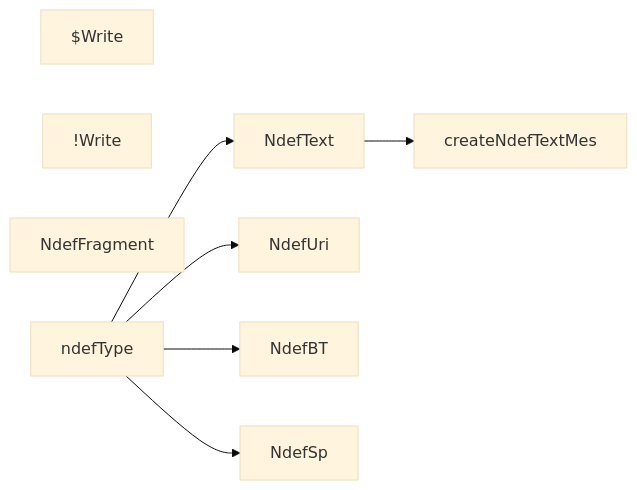
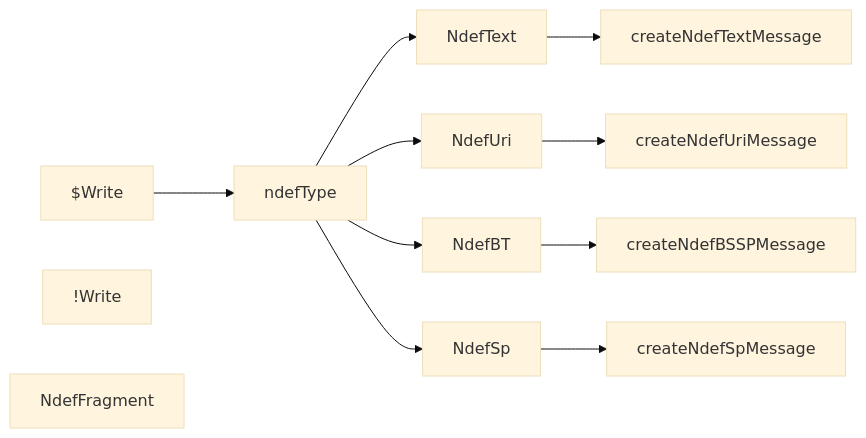
The diagram in nxp/Demo.md (gordianknotC/nxp_note), drawn with Mermaid (base theme) before and after one commit. The commit also changed other lines of this file, not shown here.

Commit message:
nxp/Demo.md updated from https://stackedit.io/

````diff
--- a/nxp/Demo.md
+++ b/nxp/Demo.md
@@ -7,19 +7,23 @@
 ``` mermaid
 graph LR
 $Write
 !Write
 
 NdefFragment
 NdefText
 NdefUri
 NdefBT
 NdefSp
 ndefType
 
+$Write --> ndefType
 ndefType --> NdefText
 ndefType --> NdefUri
 ndefType --> NdefBT
 ndefType --> NdefSp
-NdefText --> createNdefTextMes
+NdefText --> createNdefTextMessage
+NdefUri --> createNdefUriMessage
+NdefBT --> createNdefBSSPMessage
+NdefSp --> createNdefSpMessage
 
 ```
````
